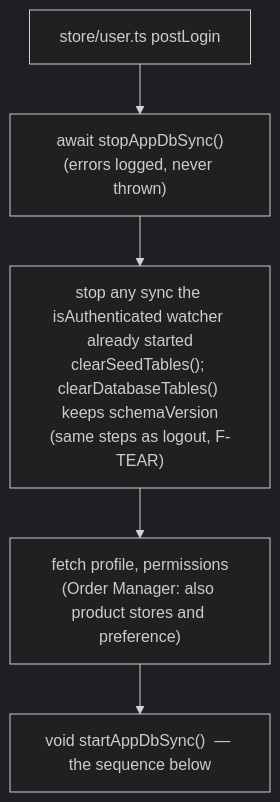
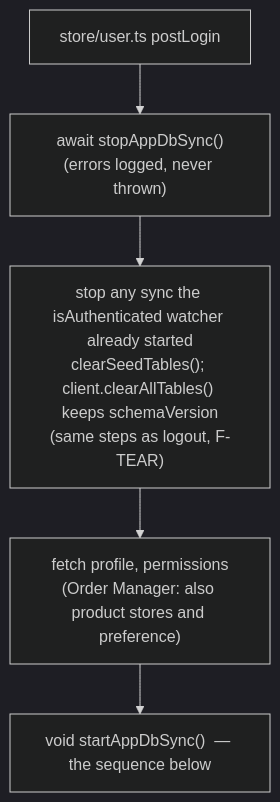
Before and after one commit to hotwax/accxui: the ninth of 31 diagrams in docs/APP_DB_SYNC_FLOWS.md, drawn with Mermaid (dark theme). The commit also changed other lines of this file and 31 other files, not shown here.

Commit message:
Improved: Made dbClient the single access layer to the app database, with schema-level table names and a build-time data-access lint gate.

````diff
--- a/docs/APP_DB_SYNC_FLOWS.md
+++ b/docs/APP_DB_SYNC_FLOWS.md
@@ -300,7 +301,7 @@
 ```mermaid
 flowchart TD
     PL["store/user.ts postLogin"] --> ST["await stopAppDbSync()<br/>(errors logged, never thrown)"]
-    ST --> ST1["stop any sync the isAuthenticated watcher already started<br/>clearSeedTables(); clearDatabaseTables() keeps schemaVersion<br/>(same steps as logout, F-TEAR)"]
+    ST --> ST1["stop any sync the isAuthenticated watcher already started<br/>clearSeedTables(); client.clearAllTables() keeps schemaVersion<br/>(same steps as logout, F-TEAR)"]
     ST1 --> PR["fetch profile, permissions<br/>(Order Manager: also product stores and preference)"]
     PR --> SA["void startAppDbSync()  — the sequence below"]
 ```
````
